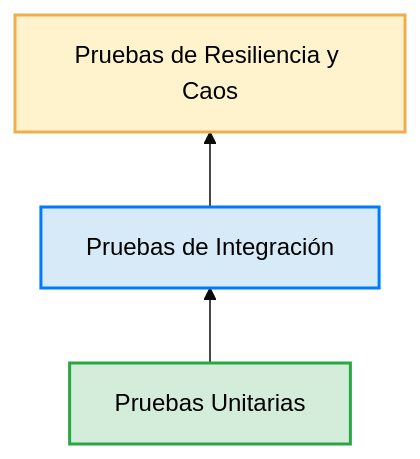
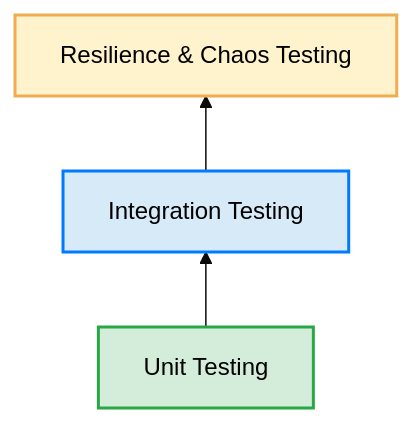
Before and after one commit to migueval/software-engineering: the diagram in Connectivity Strategies in Distributed Systems/TEST.md, drawn with Mermaid (base theme). The commit also changed other lines of this file and 19 other files, not shown here.

````diff
--- a/Connectivity Strategies in Distributed Systems/TEST.md
+++ b/Connectivity Strategies in Distributed Systems/TEST.md
@@ -21,17 +21,17 @@
 ```mermaid
 flowchart BT
-    E2E["Pruebas de Resiliencia y Caos"]
-    INT["Pruebas de Integración"]
-    UNIT["Pruebas Unitarias"]
+    E2E["Resilience & Chaos Testing"]
+    INT["Integration Testing"]
+    UNIT["Unit Testing"]
 
     UNIT --> INT
     INT --> E2E
 
     classDef unit fill:#D4EDDA,stroke:#28A745,color:#000,stroke-width:2px;
     classDef int fill:#D6EAF8,stroke:#007BFF,color:#000,stroke-width:2px;
     classDef e2e fill:#FFF3CD,stroke:#F0AD4E,color:#000,stroke-width:2px;
 
     class UNIT unit;
     class INT int;
     class E2E e2e;
 ```
````
